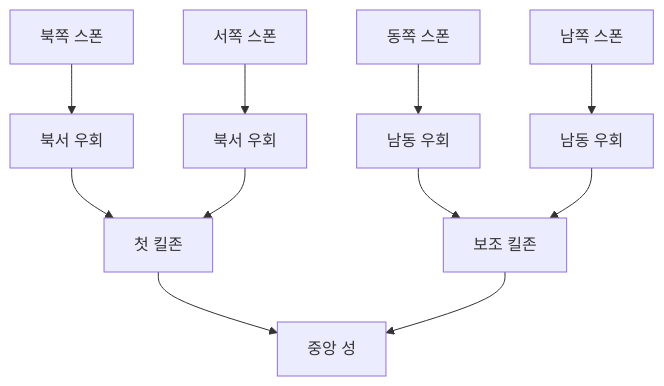
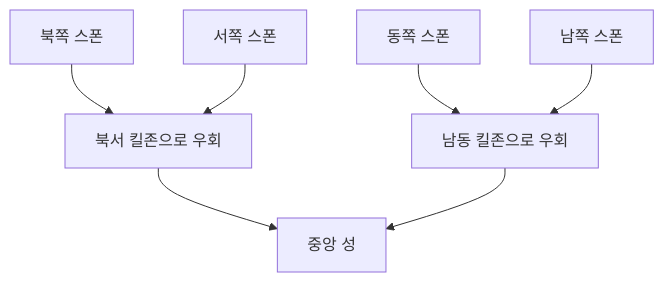
The third of 4 diagrams in docs/design-docs/map-authoring/visual-guide.md (leeminq1/flutter_game_depense_hero), drawn with Mermaid before and after one commit. The commit also changed other lines of this file and 3 other files, not shown here.

````diff
--- a/docs/design-docs/map-authoring/visual-guide.md
+++ b/docs/design-docs/map-authoring/visual-guide.md
@@ -45,13 +42,9 @@
 ```mermaid
 flowchart TD
-    N["북쪽 스폰"] --> NL["북서 우회"]
-    W["서쪽 스폰"] --> WL["북서 우회"]
-    E["동쪽 스폰"] --> ER["남동 우회"]
-    S["남쪽 스폰"] --> SR["남동 우회"]
-    NL --> K["첫 킬존"]
-    WL --> K
-    ER --> B["보조 킬존"]
-    SR --> B
-    K --> C["중앙 성"]
-    B --> C
+    N["북쪽 스폰"] --> NW["북서 킬존으로 우회"]
+    W["서쪽 스폰"] --> NW
+    E["동쪽 스폰"] --> SE["남동 킬존으로 우회"]
+    S["남쪽 스폰"] --> SE
+    NW --> C["중앙 성"]
+    SE --> C
 ```
````
